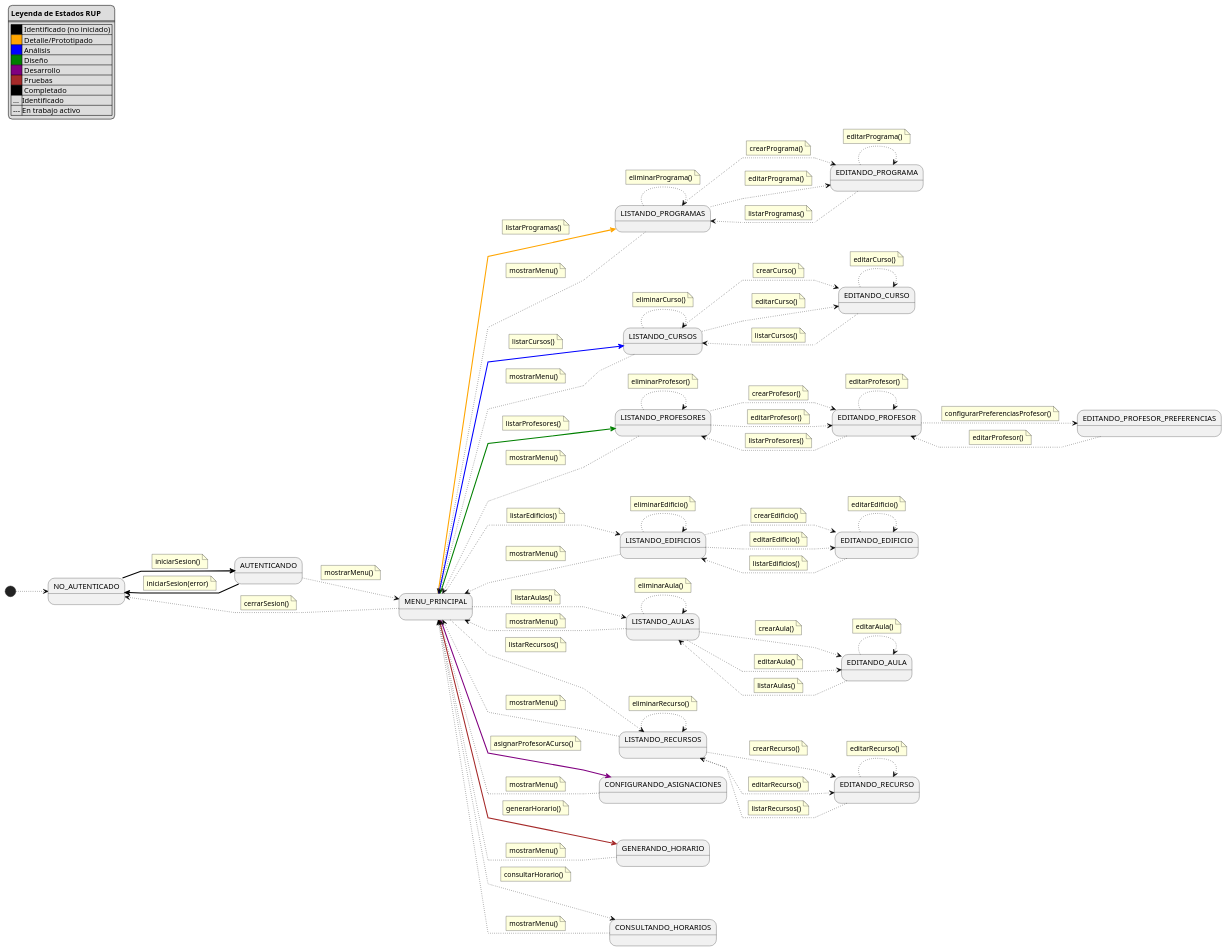
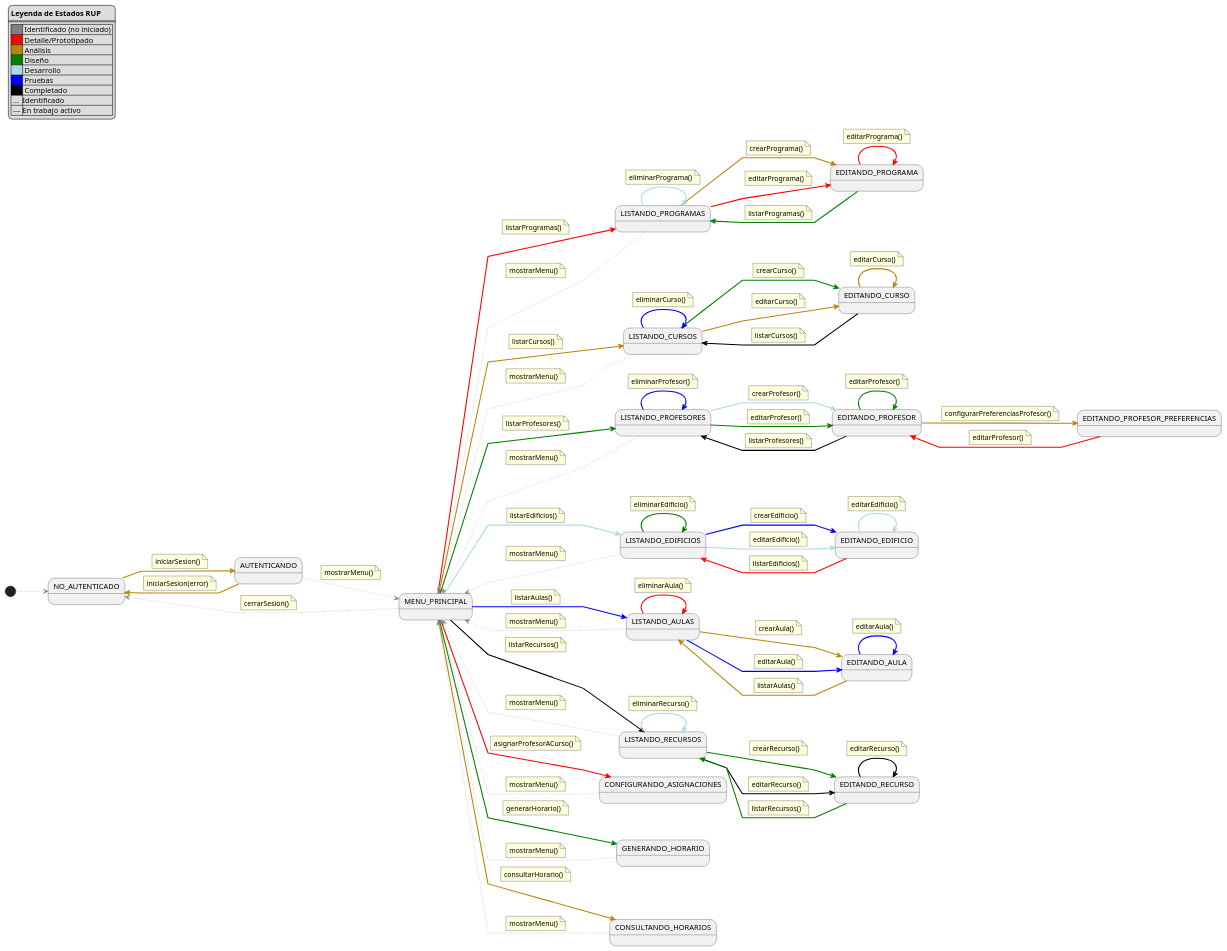
One commit to Hexcss/scheduler changed the diagram in extraDocs/004-dashboard-visual-rup-casos-uso/ejemplo-estado-intermedio.puml. Above: the diagram before and after it, drawn with PlantUML. The commit also changed 5 other files, not shown here.

```diff
--- a/extraDocs/004-dashboard-visual-rup-casos-uso/ejemplo-estado-intermedio.puml
+++ b/extraDocs/004-dashboard-visual-rup-casos-uso/ejemplo-estado-intermedio.puml
@@ -6,13 +6,13 @@
 legend top left
     **Leyenda de Estados RUP**
     ====
-    |<#black> | Identificado (no iniciado) |
-    |<#orange>| Detalle/Prototipado |
-    |<#blue>  | Análisis |
-    |<#green> | Diseño |
-    |<#purple>| Desarrollo |
-    |<#brown> | Pruebas |
-    |<#black> | Completado |
+    |<#gray>     | Identificado (no iniciado) |
+    |<#red>      | Detalle/Prototipado |
+    |<#darkgoldenrod>| Análisis |
+    |<#green>    | Diseño |
+    |<#lightblue>| Desarrollo |
+    |<#blue>     | Pruebas |
+    |<#black>    | Completado |
     | ... |Identificado|
     | --- |En trabajo activo|
 end legend
@@ -39,34 +39,34 @@
 state "GENERANDO_HORARIO" as Generacion
 state "CONSULTANDO_HORARIOS" as Consulta
 
-[*] -[#black,dotted]-> NoAuth
+[*] -[#gray,dotted]-> NoAuth
 
-PreMenu -[#black,thickness=2]-> NoAuth
+PreMenu -[#darkgoldenrod,thickness=2]-> NoAuth
     note on link
         iniciarSesion(error)
     end note
 
-NoAuth -[#black,thickness=2]-> PreMenu
+NoAuth -[#darkgoldenrod,thickness=2]-> PreMenu
     note on link
         iniciarSesion()
     end note
 
-PreMenu -[#black,dotted]-> Menu
+PreMenu -[#gray,dotted]-> Menu
     note on link
         mostrarMenu()
     end note
 
-Menu -[#black,dotted]-> NoAuth
+Menu -[#gray,dotted]-> NoAuth
     note on link
         cerrarSesion()
     end note
 
-Menu -[#orange,thickness=2]-> ListProgramas
+Menu -[#red,thickness=2]-> ListProgramas
     note on link
         listarProgramas()
     end note
 
-Menu -[#blue,thickness=2]-> ListCursos
+Menu -[#darkgoldenrod,thickness=2]-> ListCursos
     note on link
         listarCursos()
     end note
@@ -76,237 +76,237 @@
         listarProfesores()
     end note
 
-Menu -[#black,dotted]-> ListEdificios
+Menu -[#lightblue,thickness=2]-> ListEdificios
     note on link
         listarEdificios()
     end note
 
-Menu -[#black,dotted]-> ListAulas
+Menu -[#blue,thickness=2]-> ListAulas
     note on link
         listarAulas()
     end note
 
-Menu -[#black,dotted]-> ListRecursos
+Menu -[#black,thickness=2]-> ListRecursos
     note on link
         listarRecursos()
     end note
 
-Menu -[#purple,thickness=2]-> Asignaciones
+Menu -[#red,thickness=2]-> Asignaciones
     note on link
         asignarProfesorACurso()
     end note
 
-Menu -[#brown,thickness=2]-> Generacion
+Menu -[#green,thickness=2]-> Generacion
     note on link
         generarHorario()
     end note
 
-Menu -[#black,dotted]-> Consulta
+Menu -[#darkgoldenrod,thickness=2]-> Consulta
     note on link
         consultarHorario()
     end note
 
-ListProgramas -[#black,dotted]-> EditPrograma
+ListProgramas -[#darkgoldenrod,thickness=2]-> EditPrograma
     note on link
         crearPrograma()
     end note
 
-ListProgramas -[#black,dotted]-> EditPrograma
+ListProgramas -[#red,thickness=2]-> EditPrograma
     note on link
         editarPrograma()
     end note
 
-ListProgramas -[#black,dotted]-> ListProgramas
+ListProgramas -[#lightblue,thickness=2]-> ListProgramas
     note on link
         eliminarPrograma()
     end note
 
-EditPrograma -[#black,dotted]-> EditPrograma
+EditPrograma -[#red,thickness=2]-> EditPrograma
     note on link
         editarPrograma()
     end note
 
-EditPrograma -[#black,dotted]-> ListProgramas
+EditPrograma -[#green,thickness=2]-> ListProgramas
     note on link
         listarProgramas()
     end note
 
-ListCursos -[#black,dotted]-> EditCurso
+ListCursos -[#green,thickness=2]-> EditCurso
     note on link
         crearCurso()
     end note
 
-ListCursos -[#black,dotted]-> EditCurso
+ListCursos -[#darkgoldenrod,thickness=2]-> EditCurso
     note on link
         editarCurso()
     end note
 
-ListCursos -[#black,dotted]-> ListCursos
+ListCursos -[#blue,thickness=2]-> ListCursos
     note on link
         eliminarCurso()
     end note
 
-EditCurso -[#black,dotted]-> EditCurso
+EditCurso -[#darkgoldenrod,thickness=2]-> EditCurso
     note on link
         editarCurso()
     end note
 
-EditCurso -[#black,dotted]-> ListCursos
+EditCurso -[#black,thickness=2]-> ListCursos
     note on link
         listarCursos()
     end note
 
-ListProfesores -[#black,dotted]-> EditProfesor
+ListProfesores -[#lightblue,thickness=2]-> EditProfesor
     note on link
         crearProfesor()
     end note
 
-ListProfesores -[#black,dotted]-> EditProfesor
+ListProfesores -[#green,thickness=2]-> EditProfesor
     note on link
         editarProfesor()
     end note
 
-ListProfesores -[#black,dotted]-> ListProfesores
+ListProfesores -[#blue,thickness=2]-> ListProfesores
     note on link
         eliminarProfesor()
     end note
 
-EditProfesor -[#black,dotted]-> EditProfesor
+EditProfesor -[#green,thickness=2]-> EditProfesor
     note on link
         editarProfesor()
     end note
 
-EditProfesor -[#black,dotted]-> EditProfesorPreferencias
+EditProfesor -[#darkgoldenrod,thickness=2]-> EditProfesorPreferencias
     note on link
         configurarPreferenciasProfesor()
     end note
 
-EditProfesorPreferencias -[#black,dotted]-> EditProfesor
+EditProfesorPreferencias -[#red,thickness=2]-> EditProfesor
     note on link
         editarProfesor()
     end note
     
-EditProfesor -[#black,dotted]-> ListProfesores
+EditProfesor -[#black,thickness=2]-> ListProfesores
     note on link
         listarProfesores()
     end note
 
-ListEdificios -[#black,dotted]-> EditEdificio
+ListEdificios -[#blue,thickness=2]-> EditEdificio
     note on link
         crearEdificio()
     end note
 
-ListEdificios -[#black,dotted]-> EditEdificio
+ListEdificios -[#lightblue,thickness=2]-> EditEdificio
     note on link
         editarEdificio()
     end note
 
-ListEdificios -[#black,dotted]-> ListEdificios
+ListEdificios -[#green,thickness=2]-> ListEdificios
     note on link
         eliminarEdificio()
     end note
 
-EditEdificio -[#black,dotted]-> EditEdificio
+EditEdificio -[#lightblue,thickness=2]-> EditEdificio
     note on link
         editarEdificio()
     end note
 
-EditEdificio -[#black,dotted]-> ListEdificios
+EditEdificio -[#red,thickness=2]-> ListEdificios
     note on link
         listarEdificios()
     end note
 
-ListAulas -[#black,dotted]-> EditAula
+ListAulas -[#darkgoldenrod,thickness=2]-> EditAula
     note on link
         crearAula()
     end note
 
-ListAulas -[#black,dotted]-> EditAula
+ListAulas -[#blue,thickness=2]-> EditAula
     note on link
         editarAula()
     end note
 
-ListAulas -[#black,dotted]-> ListAulas
+ListAulas -[#red,thickness=2]-> ListAulas
     note on link
         eliminarAula()
     end note
 
-EditAula -[#black,dotted]-> EditAula
+EditAula -[#blue,thickness=2]-> EditAula
     note on link
         editarAula()
     end note
 
-EditAula -[#black,dotted]-> ListAulas
+EditAula -[#darkgoldenrod,thickness=2]-> ListAulas
     note on link
         listarAulas()
     end note
 
-ListRecursos -[#black,dotted]-> EditRecurso
+ListRecursos -[#green,thickness=2]-> EditRecurso
     note on link
         crearRecurso()
     end note
 
-ListRecursos -[#black,dotted]-> EditRecurso
+ListRecursos -[#black,thickness=2]-> EditRecurso
     note on link
         editarRecurso()
     end note
 
-ListRecursos -[#black,dotted]-> ListRecursos
+ListRecursos -[#lightblue,thickness=2]-> ListRecursos
     note on link
         eliminarRecurso()
     end note
 
-EditRecurso -[#black,dotted]-> EditRecurso
+EditRecurso -[#black,thickness=2]-> EditRecurso
     note on link
         editarRecurso()
     end note
 
-EditRecurso -[#black,dotted]-> ListRecursos
+EditRecurso -[#green,thickness=2]-> ListRecursos
     note on link
         listarRecursos()
     end note
 
-ListProgramas -[#black,dotted]-> Menu
+ListProgramas -[#gray,dotted]-> Menu
     note on link
         mostrarMenu()
     end note
 
-ListCursos -[#black,dotted]-> Menu
+ListCursos -[#gray,dotted]-> Menu
     note on link
         mostrarMenu()
     end note
 
-ListProfesores -[#black,dotted]-> Menu
+ListProfesores -[#gray,dotted]-> Menu
     note on link
         mostrarMenu()
     end note
 
-ListEdificios -[#black,dotted]-> Menu
+ListEdificios -[#gray,dotted]-> Menu
     note on link
         mostrarMenu()
     end note
 
-ListAulas -[#black,dotted]-> Menu
+ListAulas -[#gray,dotted]-> Menu
     note on link
         mostrarMenu()
     end note
 
-ListRecursos -[#black,dotted]-> Menu
+ListRecursos -[#gray,dotted]-> Menu
     note on link
         mostrarMenu()
     end note
 
-Asignaciones -[#black,dotted]-> Menu
+Asignaciones -[#gray,dotted]-> Menu
     note on link
         mostrarMenu()
     end note
 
-Generacion -[#black,dotted]-> Menu
+Generacion -[#gray,dotted]-> Menu
     note on link
         mostrarMenu()
     end note
 
-Consulta -[#black,dotted]-> Menu
+Consulta -[#gray,dotted]-> Menu
     note on link
         mostrarMenu()
     end note
```
